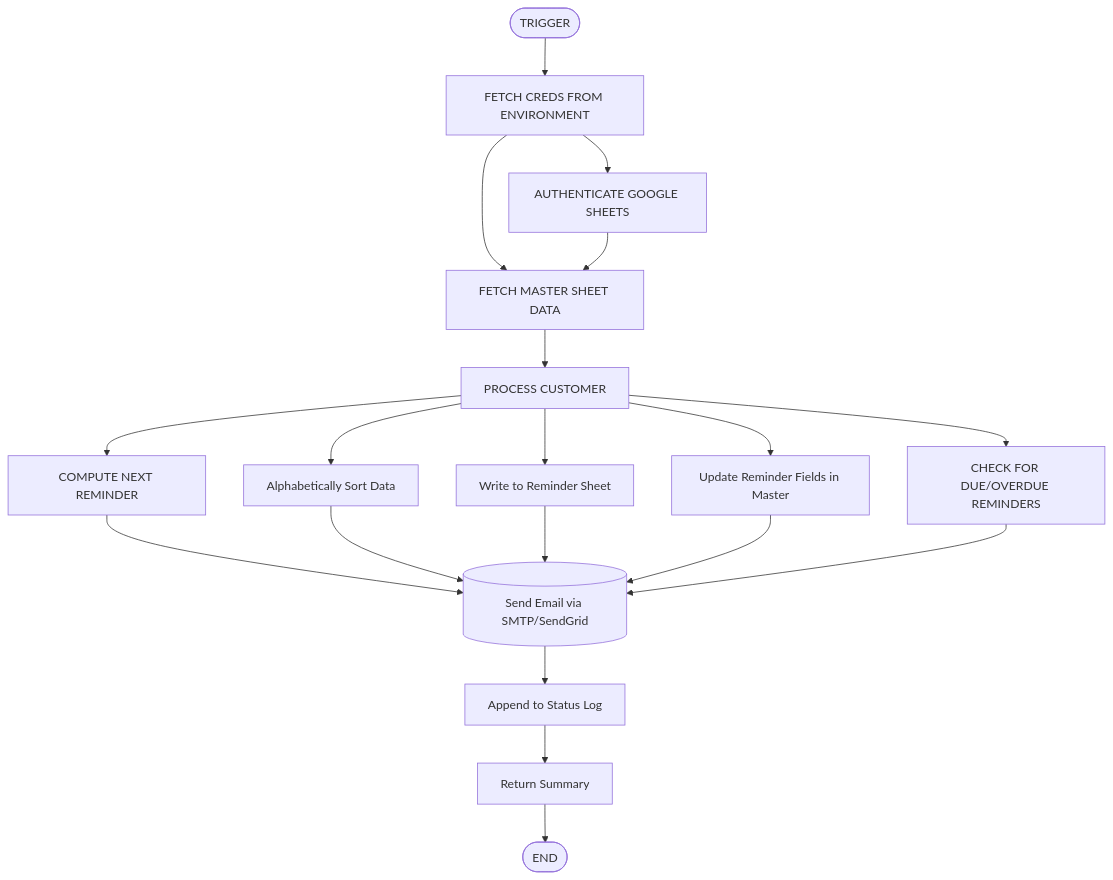
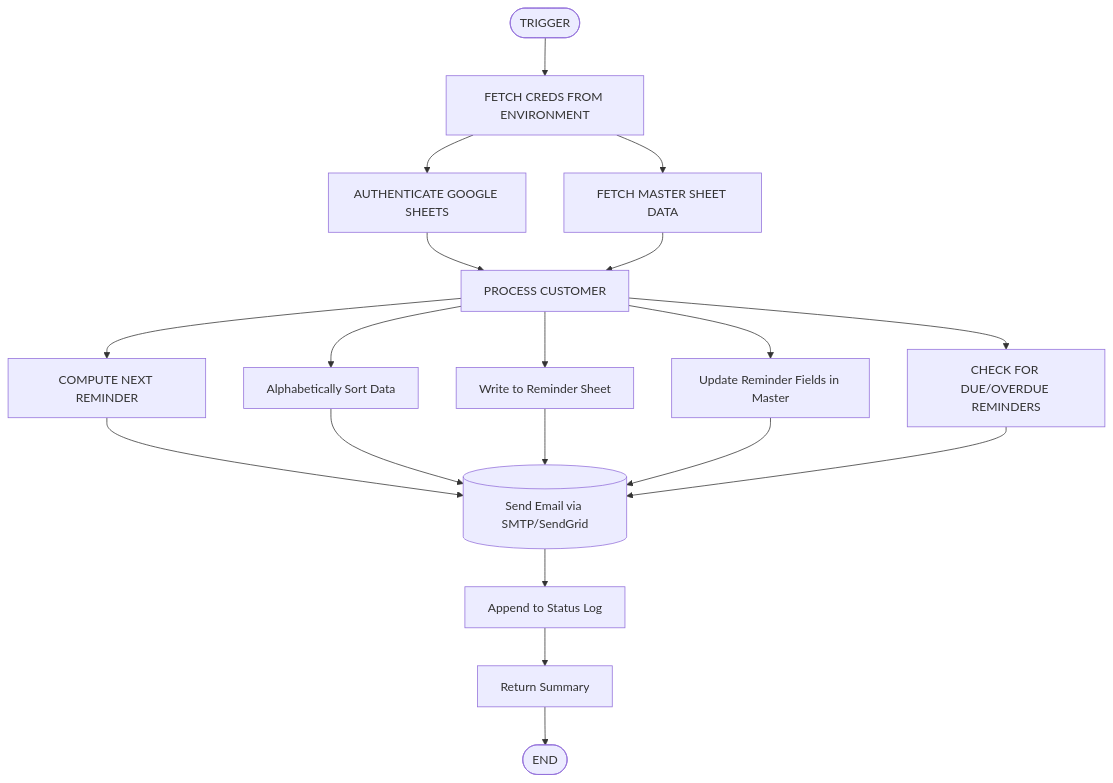
One commit to Hnn3y/RGAC_Reminder changed the diagram in Readme.md. Above: the diagram before and after it, drawn with Mermaid.

````diff
--- a/Readme.md
+++ b/Readme.md
@@ -3,21 +3,21 @@
 ```mermaid
 flowchart TD
    A([TRIGGER]) --> B[FETCH CREDS FROM ENVIRONMENT]
    B --> C[AUTHENTICATE GOOGLE SHEETS]
    B --> D[FETCH MASTER SHEET DATA]
-   C --> D
+   C --> E
    D --> E[PROCESS CUSTOMER]
    E --> F[COMPUTE NEXT REMINDER]
    E --> G[Alphabetically Sort Data]
    E --> H[Write to Reminder Sheet]
    E --> I[Update Reminder Fields in Master]
    E --> J[CHECK FOR DUE/OVERDUE REMINDERS]
    F --> K[(Send Email via SMTP/SendGrid)]
    G --> K
    H --> K
    I --> K
    J --> K
    K --> L[Append to Status Log]
    L --> M[Return Summary]
    M --> N([END])
 ```
````
